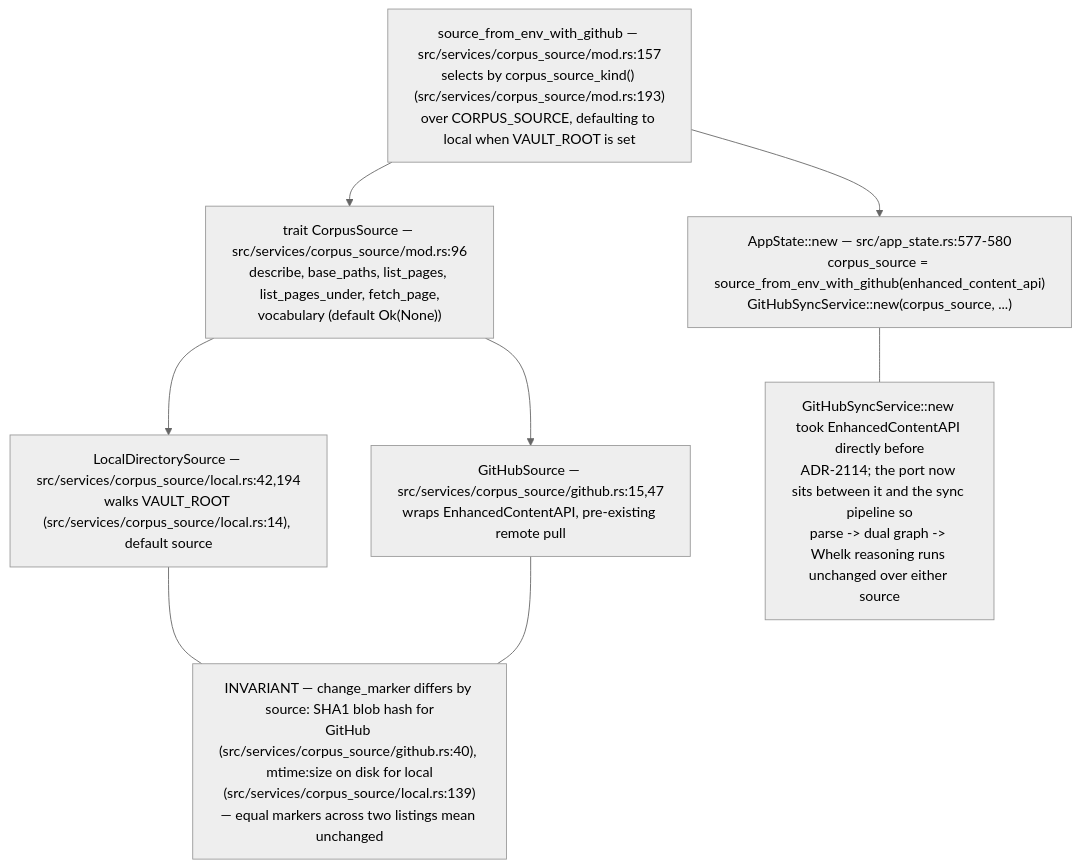
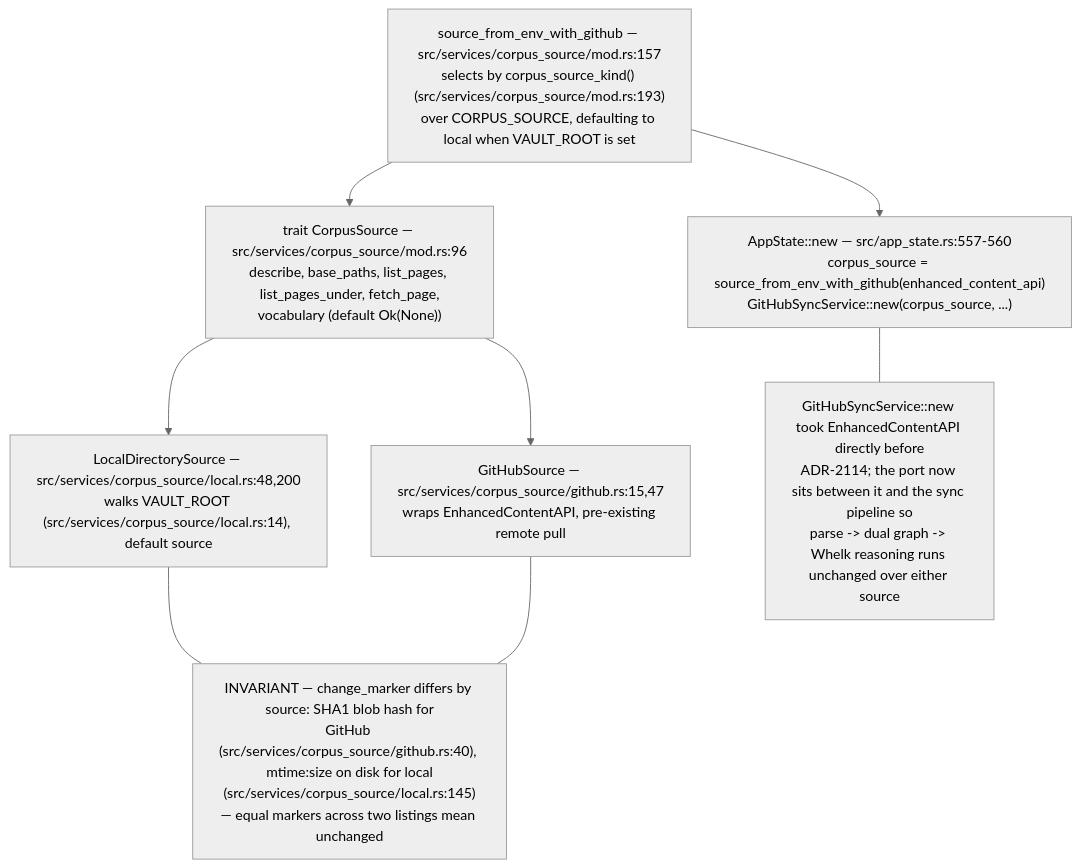
The ninth of 9 diagrams in docs/diagrams/visionclaw/07-hexagonal-ports-and-crates.md (DreamLab-AI/VisionFlow), drawn with Mermaid (neutral theme) before and after one commit. The commit also changed other lines of this file and 160 other files, not shown here.

````diff
--- a/docs/diagrams/visionclaw/07-hexagonal-ports-and-crates.md
+++ b/docs/diagrams/visionclaw/07-hexagonal-ports-and-crates.md
@@ -362,15 +363,15 @@
 ```mermaid
 flowchart TB
     T["trait CorpusSource — src/services/corpus_source/mod.rs:96<br/>describe, base_paths, list_pages, list_pages_under, fetch_page,<br/>vocabulary (default Ok(None))"]
-    T --> L["LocalDirectorySource — src/services/corpus_source/local.rs:42,194<br/>walks VAULT_ROOT (src/services/corpus_source/local.rs:14), default source"]
+    T --> L["LocalDirectorySource — src/services/corpus_source/local.rs:48,200<br/>walks VAULT_ROOT (src/services/corpus_source/local.rs:14), default source"]
     T --> G["GitHubSource — src/services/corpus_source/github.rs:15,47<br/>wraps EnhancedContentAPI, pre-existing remote pull"]
     B["source_from_env_with_github — src/services/corpus_source/mod.rs:157<br/>selects by corpus_source_kind() (src/services/corpus_source/mod.rs:193)<br/>over CORPUS_SOURCE, defaulting to local when VAULT_ROOT is set"]
     B --> T
-    AS["AppState::new — src/app_state.rs:577-580<br/>corpus_source = source_from_env_with_github(enhanced_content_api)<br/>GitHubSyncService::new(corpus_source, ...)"]
+    AS["AppState::new — src/app_state.rs:557-560<br/>corpus_source = source_from_env_with_github(enhanced_content_api)<br/>GitHubSyncService::new(corpus_source, ...)"]
     B --> AS
-    N1["INVARIANT — change_marker differs by source: SHA1 blob hash for<br/>GitHub (src/services/corpus_source/github.rs:40), mtime:size on disk for local<br/>(src/services/corpus_source/local.rs:139)<br/>— equal markers across two listings mean unchanged"]
+    N1["INVARIANT — change_marker differs by source: SHA1 blob hash for<br/>GitHub (src/services/corpus_source/github.rs:40), mtime:size on disk for local<br/>(src/services/corpus_source/local.rs:145)<br/>— equal markers across two listings mean unchanged"]
     L --- N1
     G --- N1
     N2["GitHubSyncService::new took EnhancedContentAPI directly before<br/>ADR-2114; the port now sits between it and the sync pipeline so<br/>parse -> dual graph -> Whelk reasoning runs unchanged over either source"]
     AS --- N2
 ```
````
